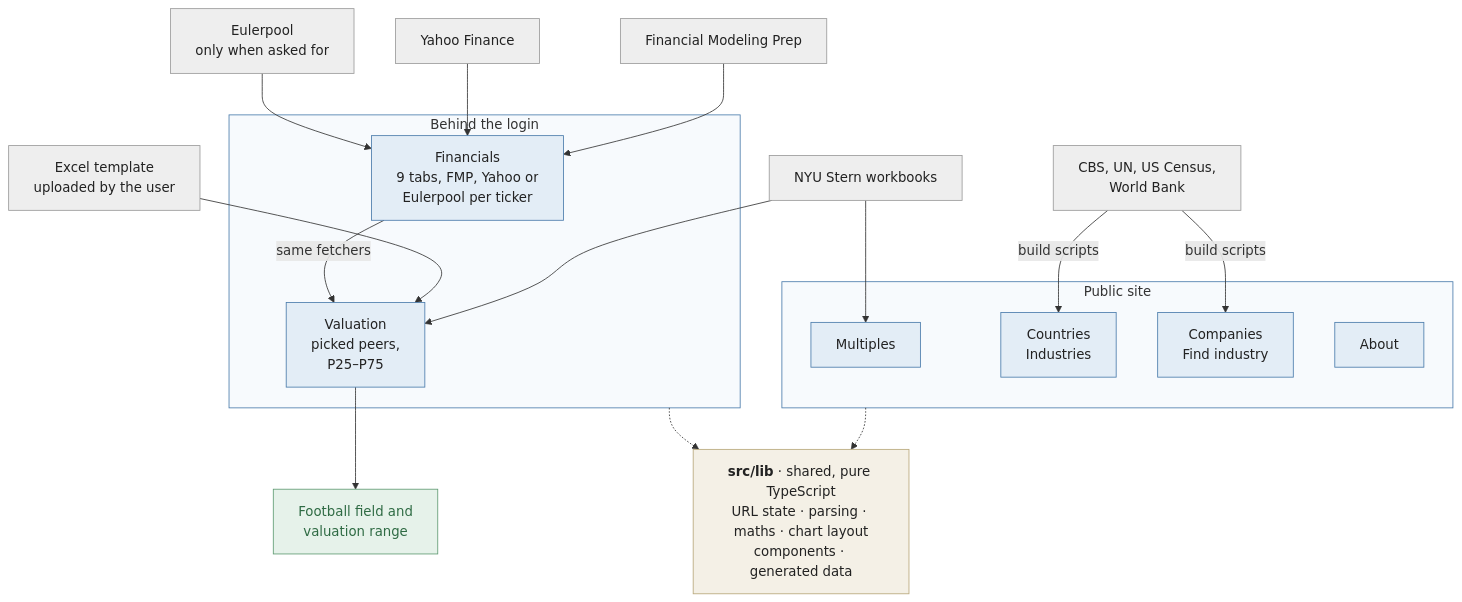
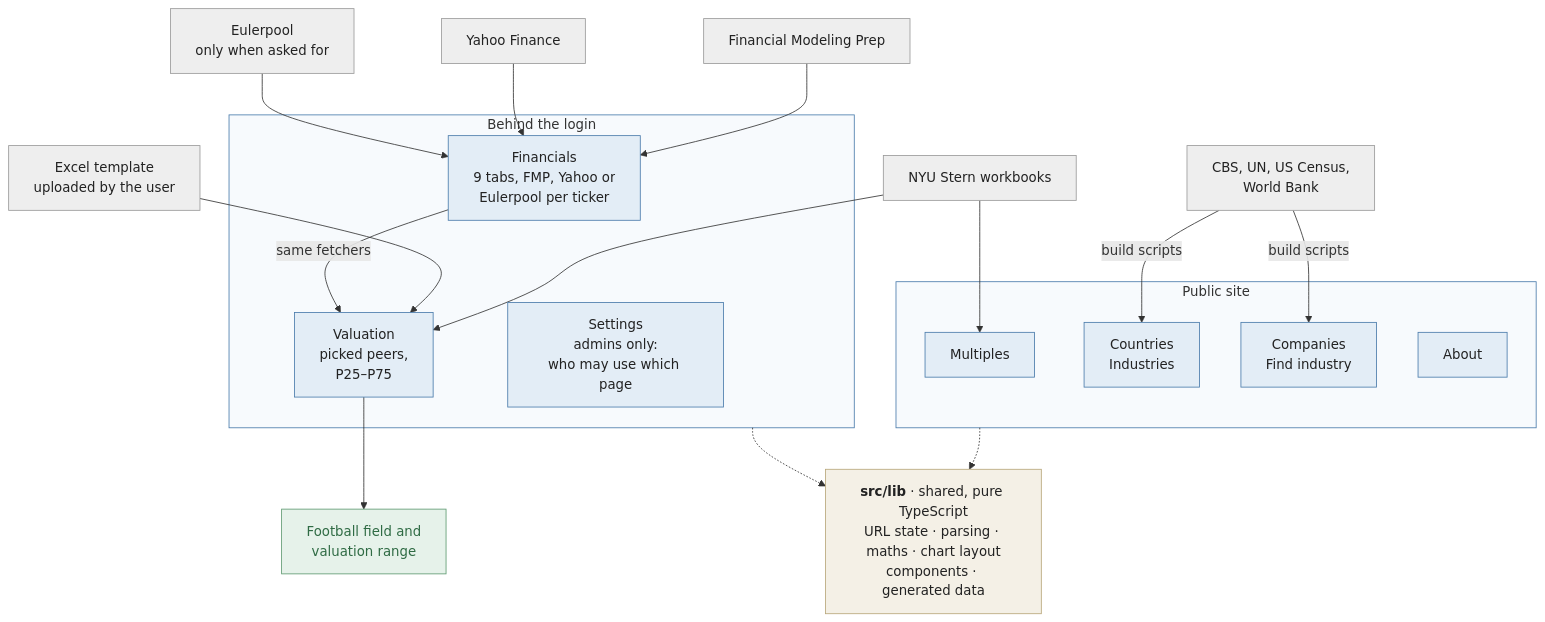
The first of 2 diagrams in docs/overview.md (jan-ru/my-svelte-app), drawn with Mermaid before and after one commit. The commit also changed other lines of this file and 1 other file, not shown here.

Commit message:
release: 2026.11.27 (#188)

````diff
--- a/docs/overview.md
+++ b/docs/overview.md
@@ -13,49 +13,50 @@
 ```mermaid
 flowchart TB
   NYU[NYU Stern workbooks]
   REF[CBS, UN, US Census,<br/>World Bank]
   FMP[Financial Modeling Prep]
   YF[Yahoo Finance]
   EP[Eulerpool<br/>only when asked for]
   XL[Excel template<br/>uploaded by the user]
 
   subgraph PUB["Public site"]
     M[Multiples]
     C[Countries<br/>Industries]
     CO[Companies<br/>Find industry]
     AB[About]
   end
 
   subgraph PRIV["Behind the login"]
     F[Financials<br/>9 tabs, FMP, Yahoo or<br/>Eulerpool per ticker]
     V[Valuation<br/>picked peers,<br/>P25–P75]
+    S[Settings<br/>admins only:<br/>who may use which page]
   end
 
   OUT[Football field and<br/>valuation range]
 
   LIB["<b>src/lib</b> · shared, pure TypeScript<br/>URL state · parsing · maths · chart layout<br/>components · generated data"]
 
   NYU --> M
   NYU --> V
   REF -->|build scripts| C
   REF -->|build scripts| CO
   FMP --> F
   YF --> F
   EP --> F
   XL --> V
   F -->|same fetchers| V
   V --> OUT
   PUB -.-> LIB
   PRIV -.-> LIB
 
   classDef ext fill:#eeeeee,stroke:#9a9a9a,color:#222222
   classDef sys fill:#e3edf6,stroke:#4a7bab,color:#222222
   classDef out fill:#e6f2ea,stroke:#5f9b72,color:#2f6b44
   classDef lib fill:#f4f0e6,stroke:#b8a77a,color:#222222
   class NYU,REF,FMP,YF,EP,XL ext
-  class M,C,CO,AB,F,V sys
+  class M,C,CO,AB,F,V,S sys
   class OUT out
   class LIB lib
   style PUB fill:#f7fafd,stroke:#4a7bab
   style PRIV fill:#f7fafd,stroke:#4a7bab
 ```
````
